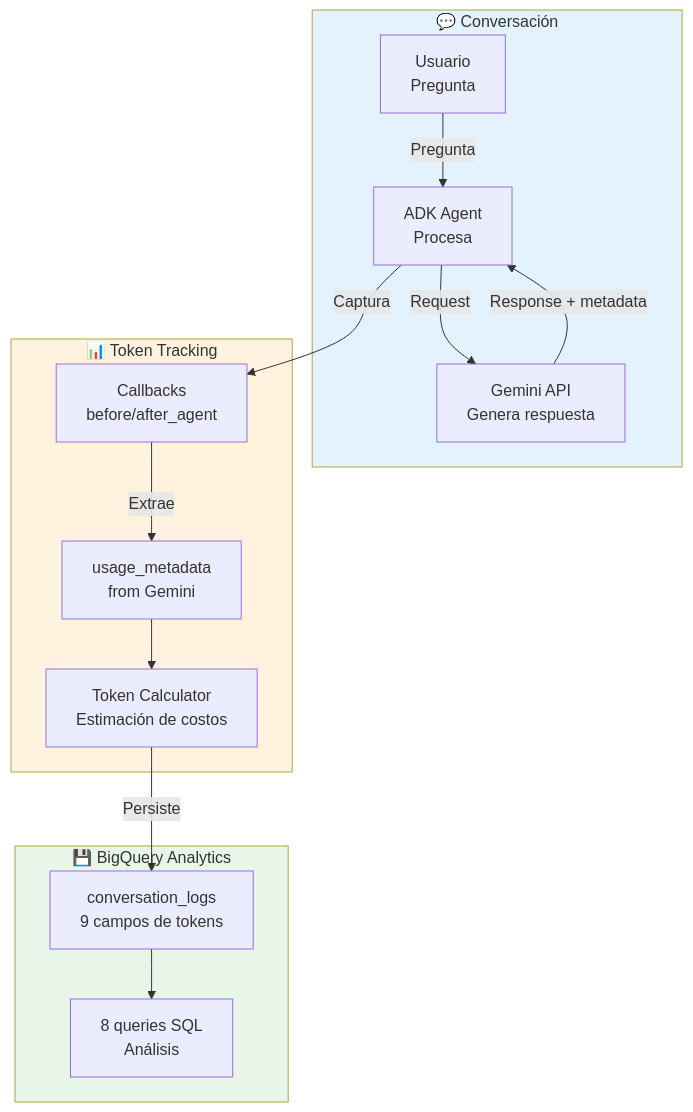
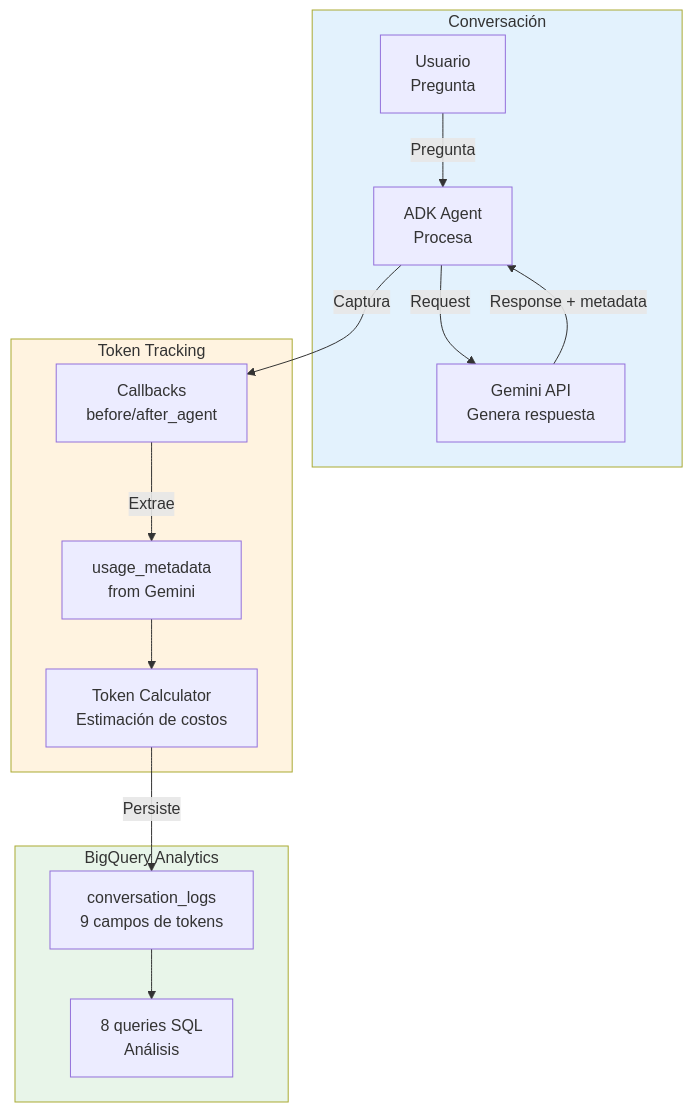
The tenth of 16 diagrams in docs/official/architecture/20_SYSTEM_ARCHITECTURE.md (miguelp7200/agente), drawn with Mermaid before and after one commit. The commit also changed other lines of this file and 12 other files, not shown here.

````diff
--- a/docs/official/architecture/20_SYSTEM_ARCHITECTURE.md
+++ b/docs/official/architecture/20_SYSTEM_ARCHITECTURE.md
@@ -526,32 +526,32 @@
 ```mermaid
 graph TB
-    subgraph Conversation["💬 Conversación"]
+    subgraph Conversation["Conversación"]
         User["Usuario<br/>Pregunta"]
         Agent["ADK Agent<br/>Procesa"]
         Gemini["Gemini API<br/>Genera respuesta"]
     end
     
-    subgraph Tracking["📊 Token Tracking"]
+    subgraph Tracking["Token Tracking"]
         Callback["Callbacks<br/>before/after_agent"]
         Metadata["usage_metadata<br/>from Gemini"]
         Calculator["Token Calculator<br/>Estimación de costos"]
     end
     
-    subgraph Storage["💾 BigQuery Analytics"]
+    subgraph Storage["BigQuery Analytics"]
         Table["conversation_logs<br/>9 campos de tokens"]
         Queries["8 queries SQL<br/>Análisis"]
     end
     
     User -->|Pregunta| Agent
     Agent -->|Request| Gemini
     Gemini -->|Response + metadata| Agent
     Agent -->|Captura| Callback
     Callback -->|Extrae| Metadata
     Metadata --> Calculator
     Calculator -->|Persiste| Table
     Table --> Queries
     
     style Conversation fill:#e3f2fd
     style Tracking fill:#fff3e0
     style Storage fill:#e8f5e9
 ```
````
